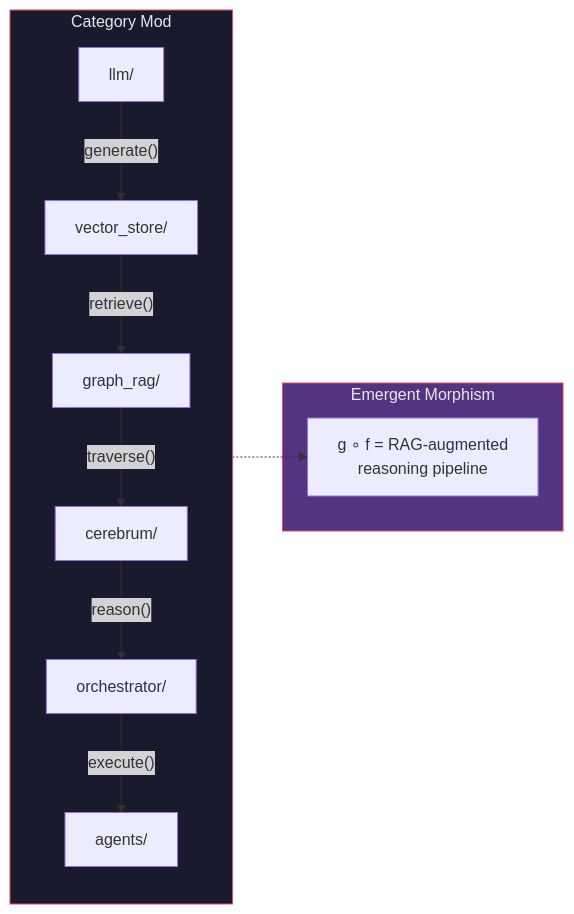
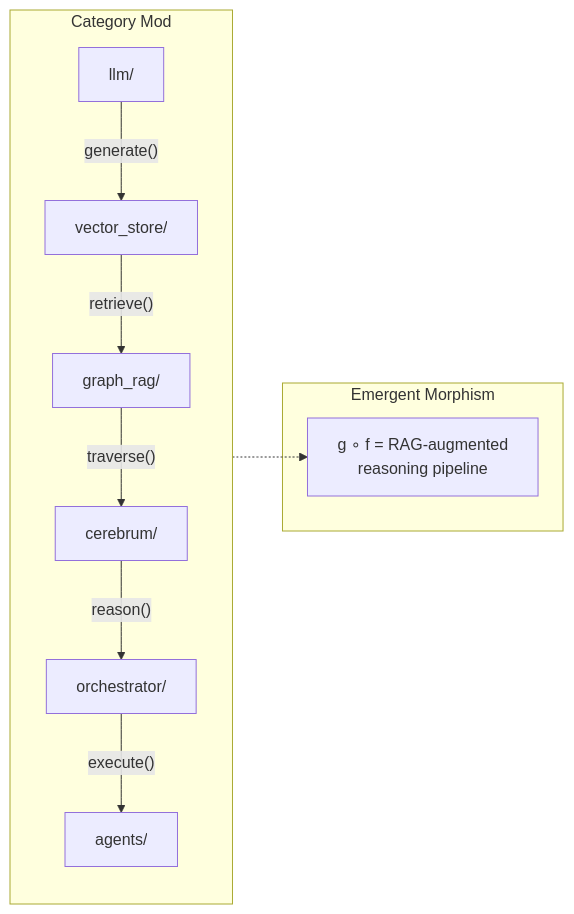
Before and after one commit to docxology/codomyrmex: the first of 2 diagrams in docs/agi/scaffolding.md, drawn with Mermaid. The commit also changed other lines of this file and 86 other files, not shown here.

````diff
--- a/docs/agi/scaffolding.md
+++ b/docs/agi/scaffolding.md
@@ -25,19 +25,16 @@
 ```mermaid
 graph LR
     subgraph CATEGORY["Category Mod"]
         LLM["llm/"] -->|"generate()"| VEC["vector_store/"]
         VEC -->|"retrieve()"| GRAPH["graph_rag/"]
         GRAPH -->|"traverse()"| CEREB["cerebrum/"]
         CEREB -->|"reason()"| ORCH["orchestrator/"]
         ORCH -->|"execute()"| AGENTS["agents/"]
     end
 
     subgraph EMERGENT["Emergent Morphism"]
         RAG["g ∘ f = RAG-augmented<br/>reasoning pipeline"]
     end
 
     CATEGORY -.-> RAG
-
-    style CATEGORY fill:#1a1a2e,stroke:#e94560,color:#e8e8e8
-    style EMERGENT fill:#533483,stroke:#e94560,color:#e8e8e8
 ```
````
